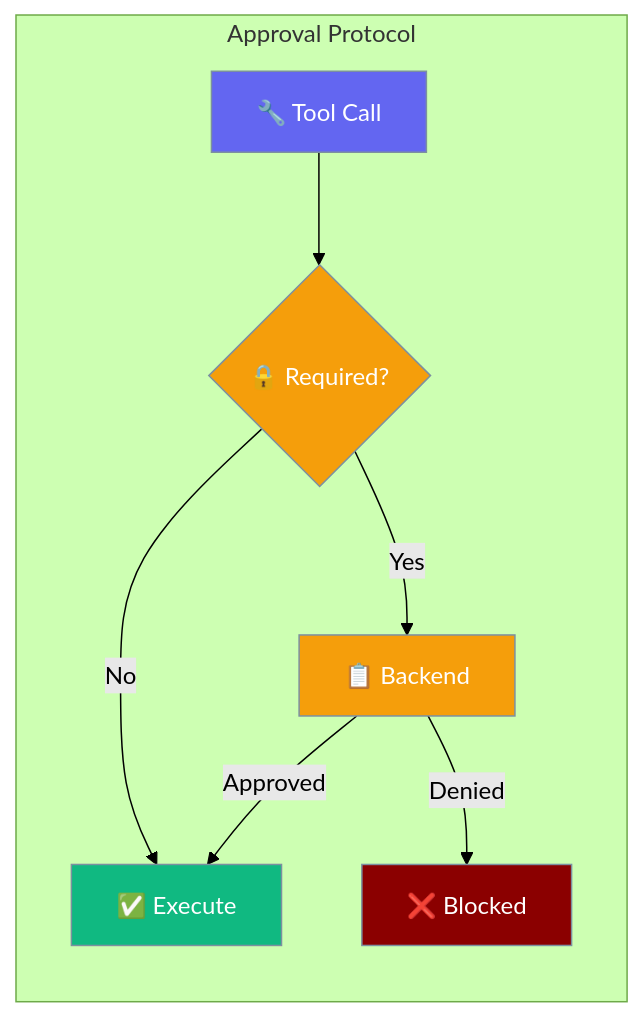
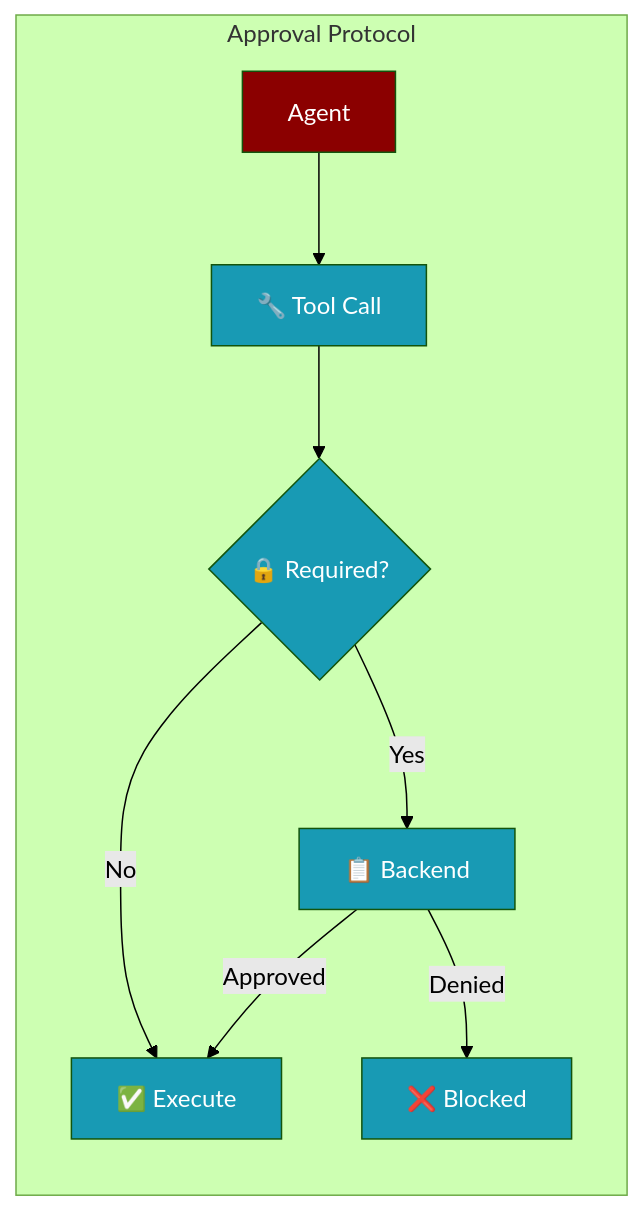
Before and after one commit to MervinPraison/PraisonAIDocs: the first of 6 diagrams in docs/features/approval-protocol.mdx, drawn with Mermaid (forest theme). The commit also changed 24 other files, not shown here.

````diff
--- a/docs/features/approval-protocol.mdx
+++ b/docs/features/approval-protocol.mdx
@@ -18,20 +18,17 @@
 ```mermaid
 graph LR
     subgraph "Approval Protocol"
-        A[🔧 Tool Call] --> B{🔒 Required?}
+        Agent[Agent] --> A[🔧 Tool Call]
+        A --> B{🔒 Required?}
         B -->|No| D[✅ Execute]
         B -->|Yes| C[📋 Backend]
         C -->|Approved| D
         C -->|Denied| E[❌ Blocked]
     end
 
-    classDef tool fill:#6366F1,stroke:#7C90A0,color:#fff
-    classDef check fill:#F59E0B,stroke:#7C90A0,color:#fff
-    classDef result fill:#10B981,stroke:#7C90A0,color:#fff
-    classDef denied fill:#8B0000,stroke:#7C90A0,color:#fff
+    classDef agent fill:#8B0000,color:#fff
+    classDef tool fill:#189AB4,color:#fff
 
-    class A tool
-    class B,C check
-    class D result
-    class E denied
+    class Agent agent
+    class A,B,C,D,E tool
 ```
````
